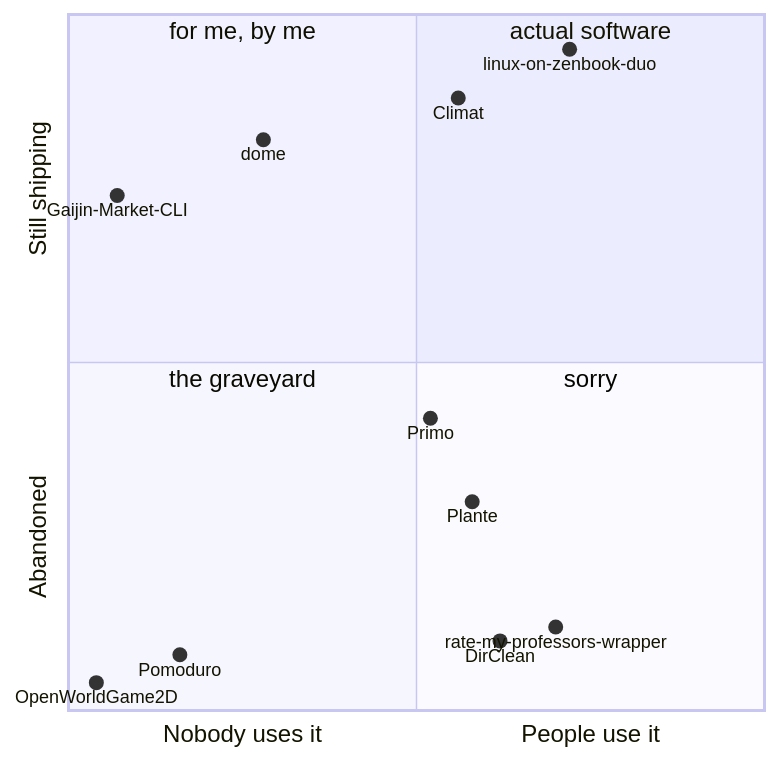
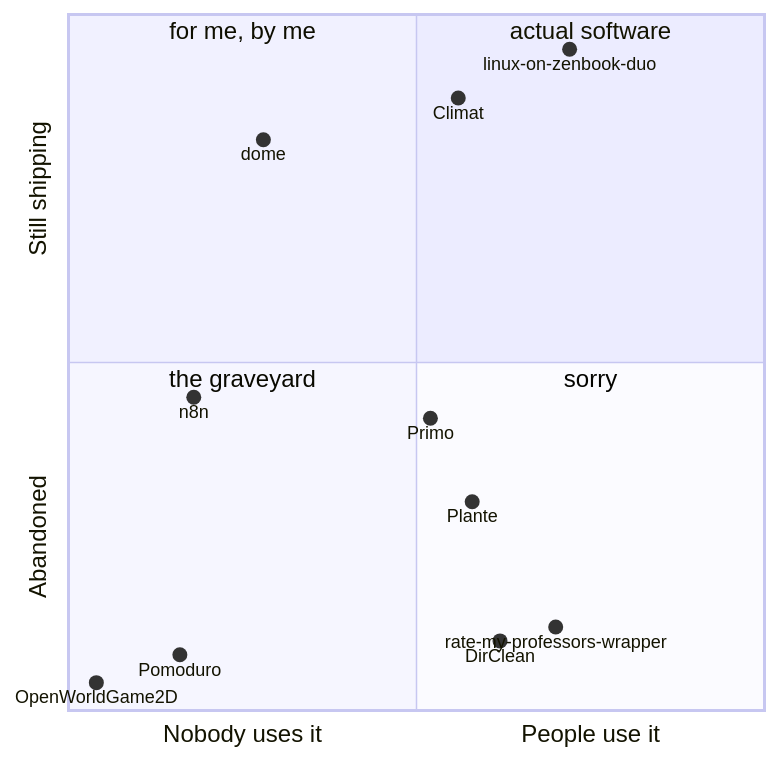
The diagram in README.md (JowiAoun/jowiaoun), drawn with Mermaid before and after one commit. The commit also changed other lines of this file and 1 other file, not shown here.

````diff
--- a/README.md
+++ b/README.md
@@ -38,19 +196,19 @@
 ```mermaid
 quadrantChart
     x-axis Nobody uses it --> People use it
     y-axis Abandoned --> Still shipping
     quadrant-1 actual software
     quadrant-2 for me, by me
     quadrant-3 the graveyard
     quadrant-4 sorry
     linux-on-zenbook-duo: [0.72, 0.95]
     Climat: [0.56, 0.88]
     dome: [0.28, 0.82]
-    Gaijin-Market-CLI: [0.07, 0.74]
+    n8n: [0.18, 0.45]
     Primo: [0.52, 0.42]
     Plante: [0.58, 0.30]
     rate-my-professors-wrapper: [0.70, 0.12]
     DirClean: [0.62, 0.10]
     Pomoduro: [0.16, 0.08]
     OpenWorldGame2D: [0.04, 0.04]
 ```
````
